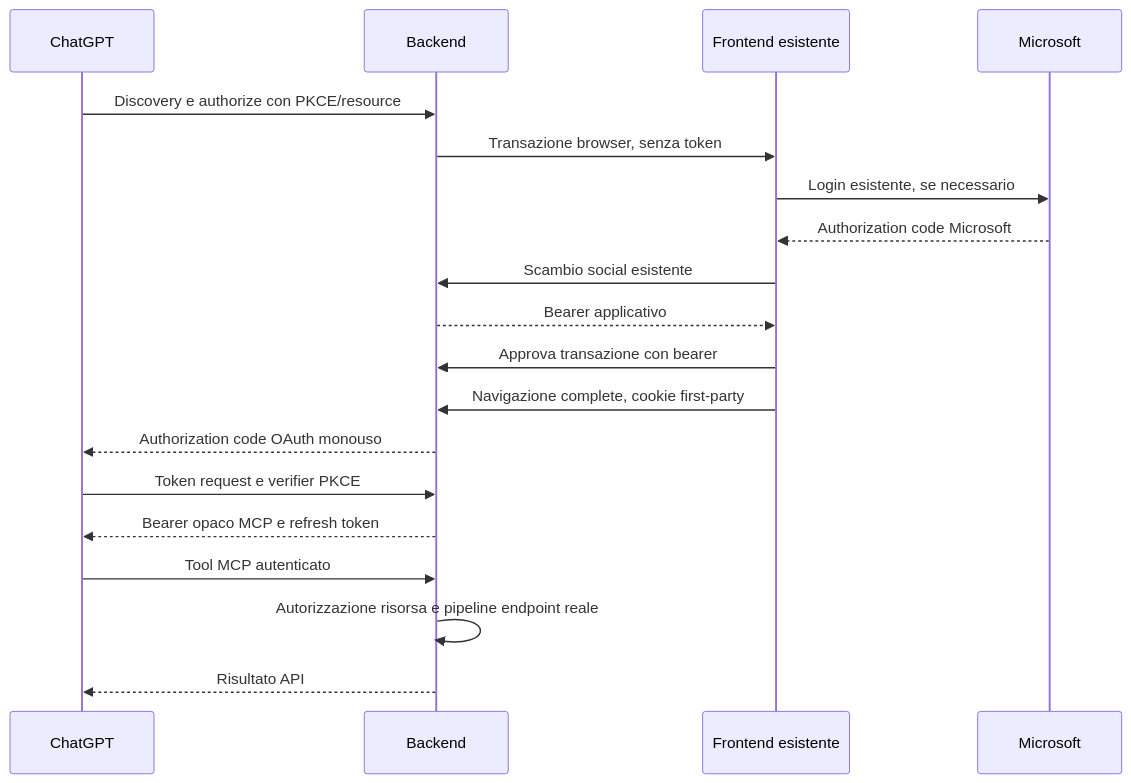
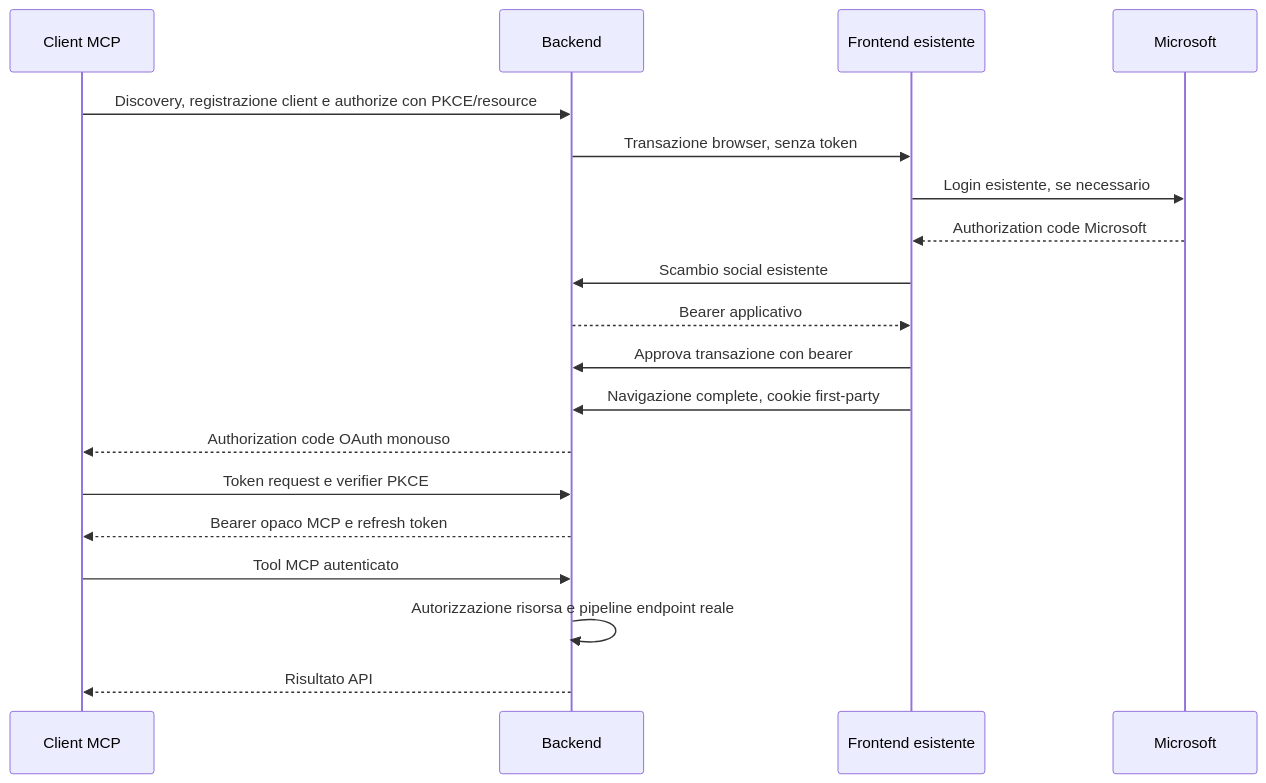
The diagram in docs/MCP.md (KeyserDSoze/Fantasoccer), drawn with Mermaid before and after one commit. The commit also changed other lines of this file and 26 other files, not shown here.

````diff
--- a/docs/MCP.md
+++ b/docs/MCP.md
@@ -15,21 +15,21 @@
 ```mermaid
 sequenceDiagram
-    participant C as ChatGPT
+    participant C as Client MCP
     participant B as Backend
     participant F as Frontend esistente
     participant M as Microsoft
-    C->>B: Discovery e authorize con PKCE/resource
+    C->>B: Discovery, registrazione client e authorize con PKCE/resource
     B->>F: Transazione browser, senza token
     F->>M: Login esistente, se necessario
     M-->>F: Authorization code Microsoft
     F->>B: Scambio social esistente
     B-->>F: Bearer applicativo
     F->>B: Approva transazione con bearer
     F->>B: Navigazione complete, cookie first-party
     B-->>C: Authorization code OAuth monouso
     C->>B: Token request e verifier PKCE
     B-->>C: Bearer opaco MCP e refresh token
     C->>B: Tool MCP autenticato
     B->>B: Autorizzazione risorsa e pipeline endpoint reale
     B-->>C: Risultato API
 ```
````
